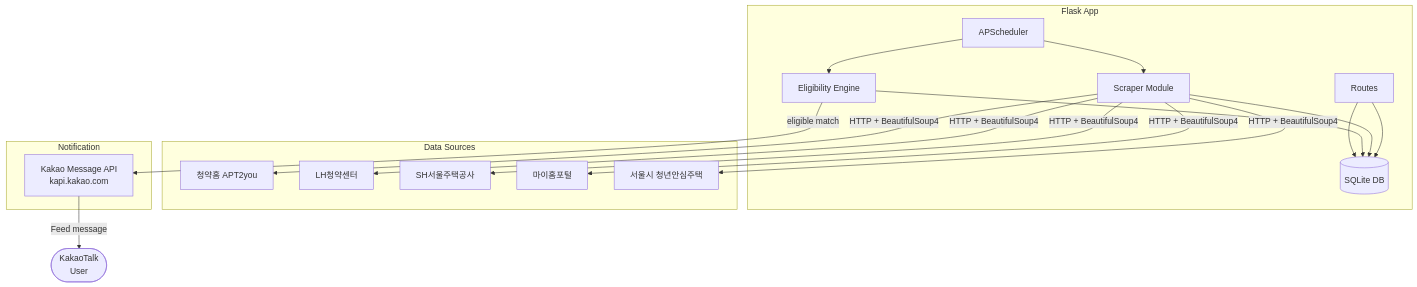
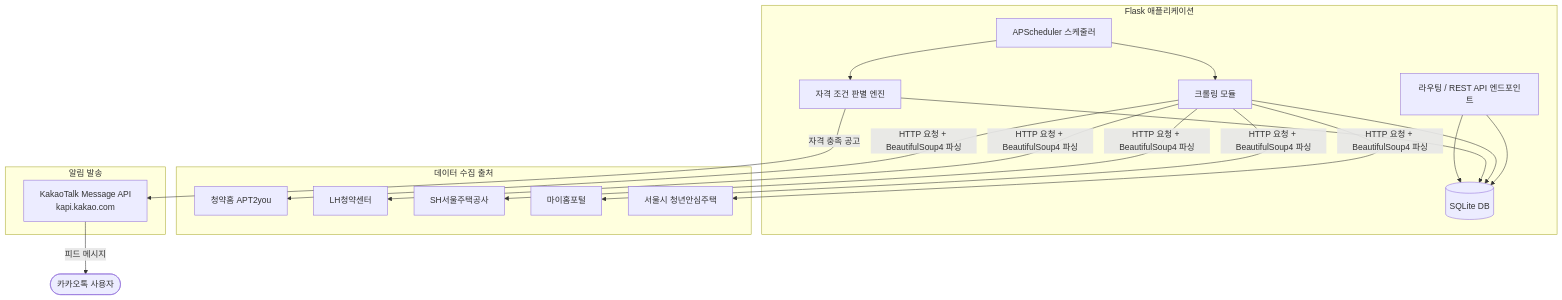
One commit to vosnuev/notice changed the second of 2 diagrams in README.md. Above: the diagram before and after it, drawn with Mermaid. The commit also changed other lines of this file, not shown here.

````diff
--- a/README.md
+++ b/README.md
@@ -160,27 +176,27 @@
 ```mermaid
 graph TD
-    subgraph Flask App
-        R[Routes] --> DB[(SQLite DB)]
-        SCH[APScheduler] --> SC[Scraper Module]
-        SCH --> EL[Eligibility Engine]
+    subgraph Flask 애플리케이션
+        R[라우팅 / REST API 엔드포인트] --> DB[(SQLite DB)]
+        SCH[APScheduler 스케줄러] --> SC[크롤링 모듈]
+        SCH --> EL[자격 조건 판별 엔진]
         EL --> DB
         SC --> DB
         R --> DB
     end
 
-    subgraph Data Sources
+    subgraph 데이터 수집 출처
         S1[청약홈 APT2you]
         S2[LH청약센터]
         S3[SH서울주택공사]
         S4[마이홈포털]
         S5[서울시 청년안심주택]
     end
 
-    subgraph Notification
-        KA[Kakao Message API\nkapi.kakao.com]
+    subgraph 알림 발송
+        KA[KakaoTalk Message API\nkapi.kakao.com]
     end
 
-    SC -- HTTP + BeautifulSoup4 --> S1 & S2 & S3 & S4 & S5
-    EL -- eligible match --> KA
-    KA -- Feed message --> USER([KakaoTalk\nUser])
+    SC -- HTTP 요청 + BeautifulSoup4 파싱 --> S1 & S2 & S3 & S4 & S5
+    EL -- 자격 충족 공고 --> KA
+    KA -- 피드 메시지 --> USER([카카오톡 사용자])
 ```
````
